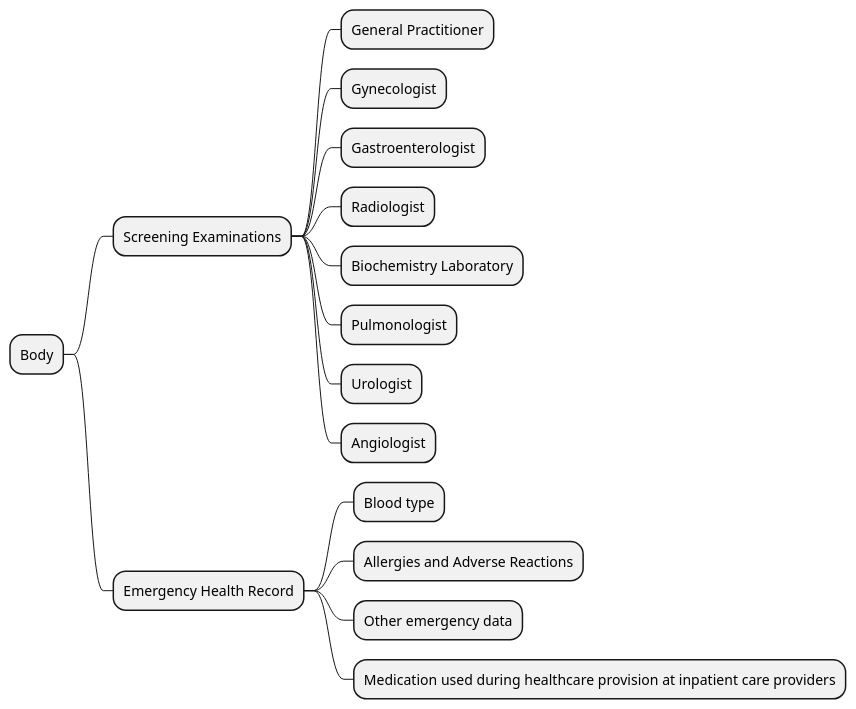
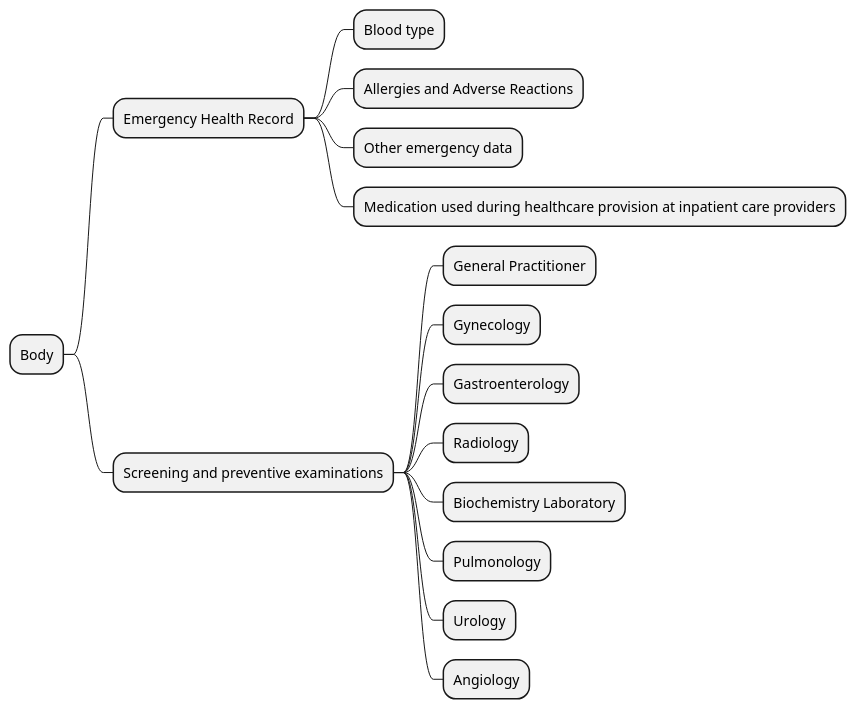
The diagram in input/images-source/body-mindmap.plantuml (HL7-cz/szz), drawn with PlantUML before and after one commit. The commit also changed 10 other files, not shown here.

```diff
--- a/input/images-source/body-mindmap.plantuml
+++ b/input/images-source/body-mindmap.plantuml
@@ -1,17 +1,17 @@
 @startmindmap
 * Body
-** Screening Examinations
-*** General Practitioner
-*** Gynecologist
-*** Gastroenterologist
-*** Radiologist
-*** Biochemistry Laboratory
-*** Pulmonologist
-*** Urologist
-*** Angiologist
 ** Emergency Health Record
 *** Blood type
 *** Allergies and Adverse Reactions
 *** Other emergency data
 *** Medication used during healthcare provision at inpatient care providers
+** Screening and preventive examinations
+*** General Practitioner
+*** Gynecology
+*** Gastroenterology
+*** Radiology
+*** Biochemistry Laboratory
+*** Pulmonology
+*** Urology
+*** Angiology
 @endmindmap
```
